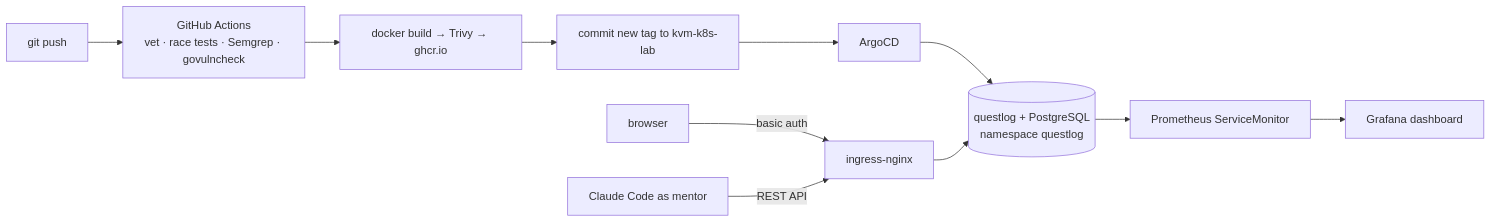
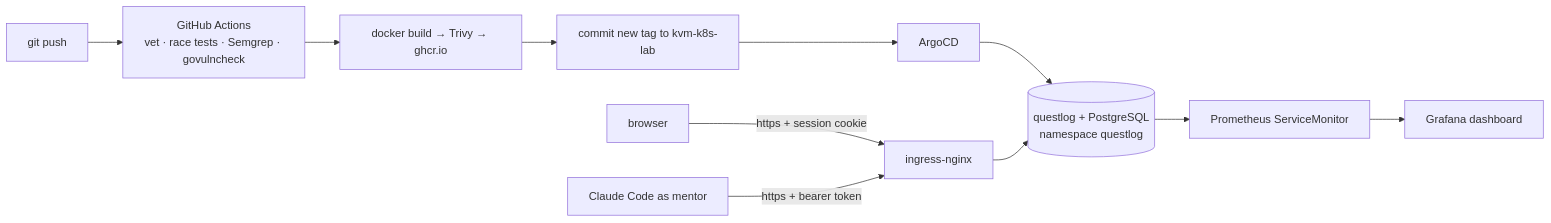
Before and after one commit to sadqwes/questlog: the diagram in README.md, drawn with Mermaid. The commit also changed other lines of this file and 19 other files, not shown here.

Commit message:
feat: built-in login with sessions, API token for the mentor, metrics on a separate port

````diff
--- a/README.md
+++ b/README.md
@@ -7,11 +7,11 @@
 ```mermaid
 flowchart LR
   dev[git push] --> ci[GitHub Actions<br/>vet · race tests · Semgrep · govulncheck]
   ci --> img[docker build → Trivy → ghcr.io]
   img --> bump[commit new tag to kvm-k8s-lab]
   bump --> argo[ArgoCD]
   argo --> k8s[(questlog + PostgreSQL<br/>namespace questlog)]
   k8s --> prom[Prometheus ServiceMonitor] --> graf[Grafana dashboard]
-  browser[browser] -- basic auth --> ing[ingress-nginx] --> k8s
-  claude[Claude Code as mentor] -- REST API --> ing
+  browser[browser] -- https + session cookie --> ing[ingress-nginx] --> k8s
+  claude[Claude Code as mentor] -- https + bearer token --> ing
 ```
````
